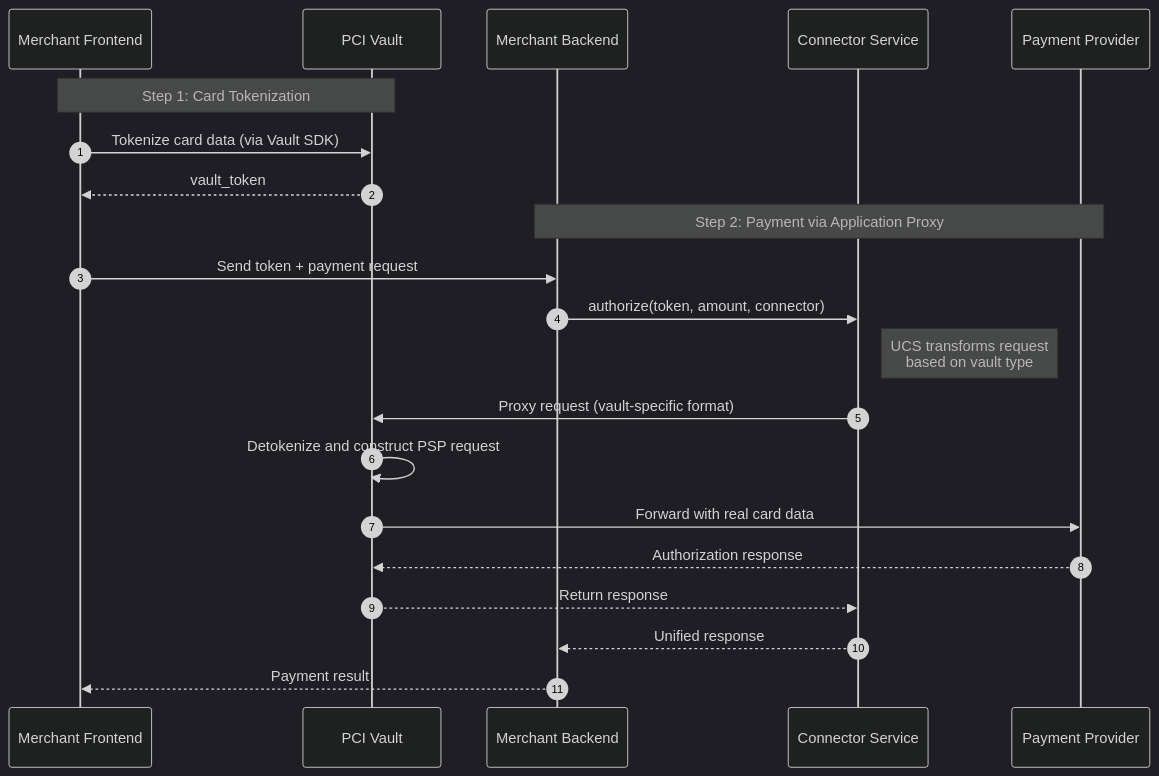
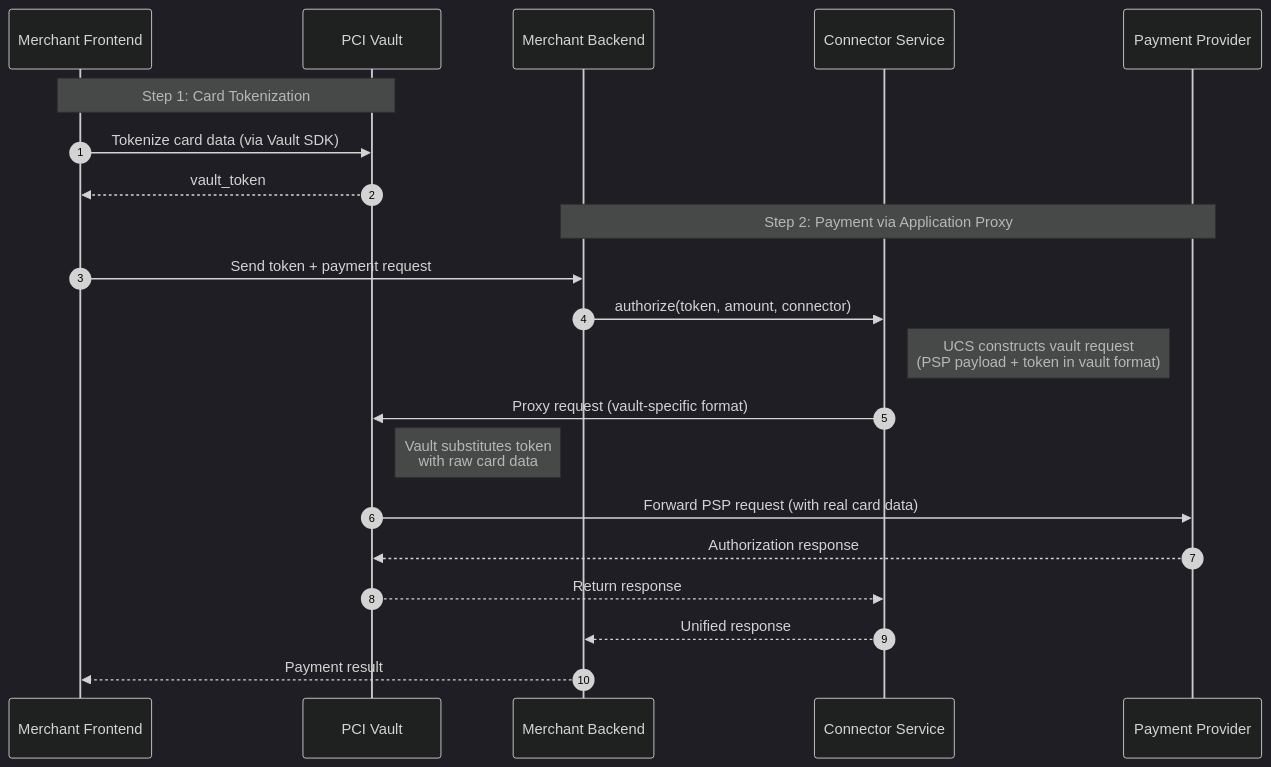
Before and after one commit to juspay/connector-service: the diagram in docs/pci-compliance/application-proxy.md, drawn with Mermaid (dark theme). The commit also changed other lines of this file and 1 other file, not shown here.

First line of the commit message:
docs: make Hyperswitch Vault primary Application Proxy example

````diff
--- a/docs/pci-compliance/application-proxy.md
+++ b/docs/pci-compliance/application-proxy.md
@@ -25,25 +25,25 @@
 ```mermaid
 sequenceDiagram
     autonumber
     participant FE as Merchant Frontend
     participant Vault as PCI Vault
     participant BE as Merchant Backend
     participant UCS as Connector Service
     participant PSP as Payment Provider
 
     Note over FE,Vault: Step 1: Card Tokenization
     FE->>Vault: Tokenize card data (via Vault SDK)
     Vault-->>FE: vault_token
 
     Note over BE,PSP: Step 2: Payment via Application Proxy
     FE->>BE: Send token + payment request
     BE->>UCS: authorize(token, amount, connector)
-    Note right of UCS: UCS transforms request<br/>based on vault type
+    Note right of UCS: UCS constructs vault request<br/>(PSP payload + token in vault format)
     UCS->>Vault: Proxy request (vault-specific format)
-    Vault->>Vault: Detokenize and construct PSP request
-    Vault->>PSP: Forward with real card data
+    Note right of Vault: Vault substitutes token<br/>with raw card data
+    Vault->>PSP: Forward PSP request (with real card data)
     PSP-->>Vault: Authorization response
     Vault-->>UCS: Return response
     UCS-->>BE: Unified response
     BE-->>FE: Payment result
 ```
````
